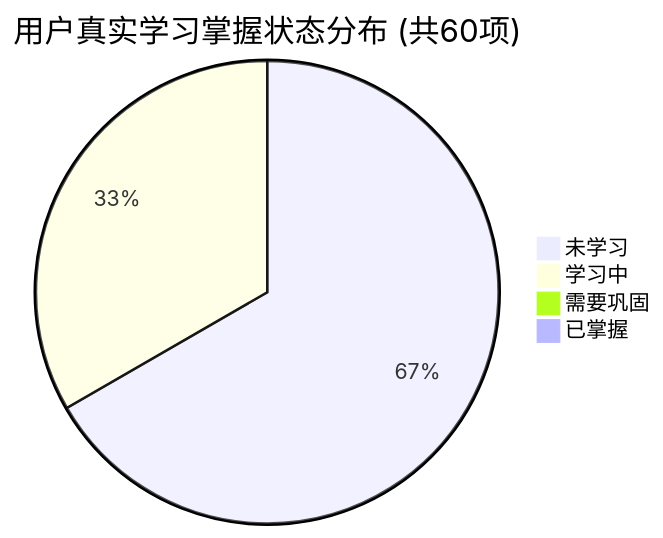
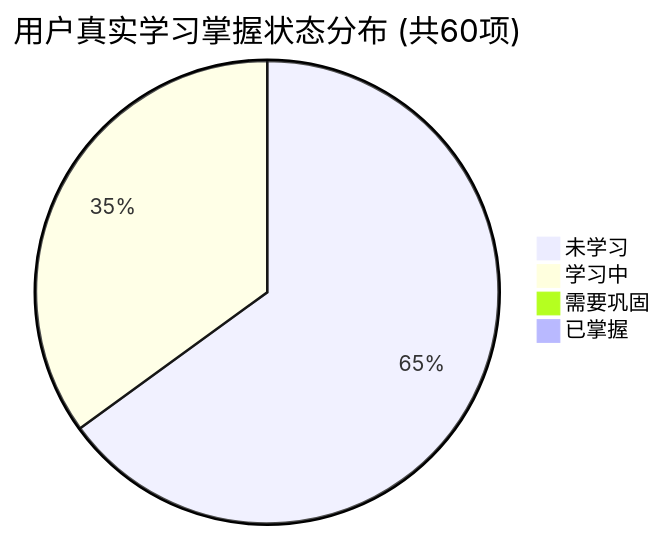
The first of 2 diagrams in PROGRESS.md (tieke1121/tech-interview-knowledge-base), drawn with Mermaid before and after one commit. The commit also changed other lines of this file and 1 other file, not shown here.

````diff
--- a/PROGRESS.md
+++ b/PROGRESS.md
@@ -27,7 +27,7 @@
 ```mermaid
 pie title 用户真实学习掌握状态分布 (共60项)
-    "未学习" : 40
-    "学习中" : 20
+    "未学习" : 39
+    "学习中" : 21
     "需要巩固" : 0
     "已掌握" : 0
 ```
````
